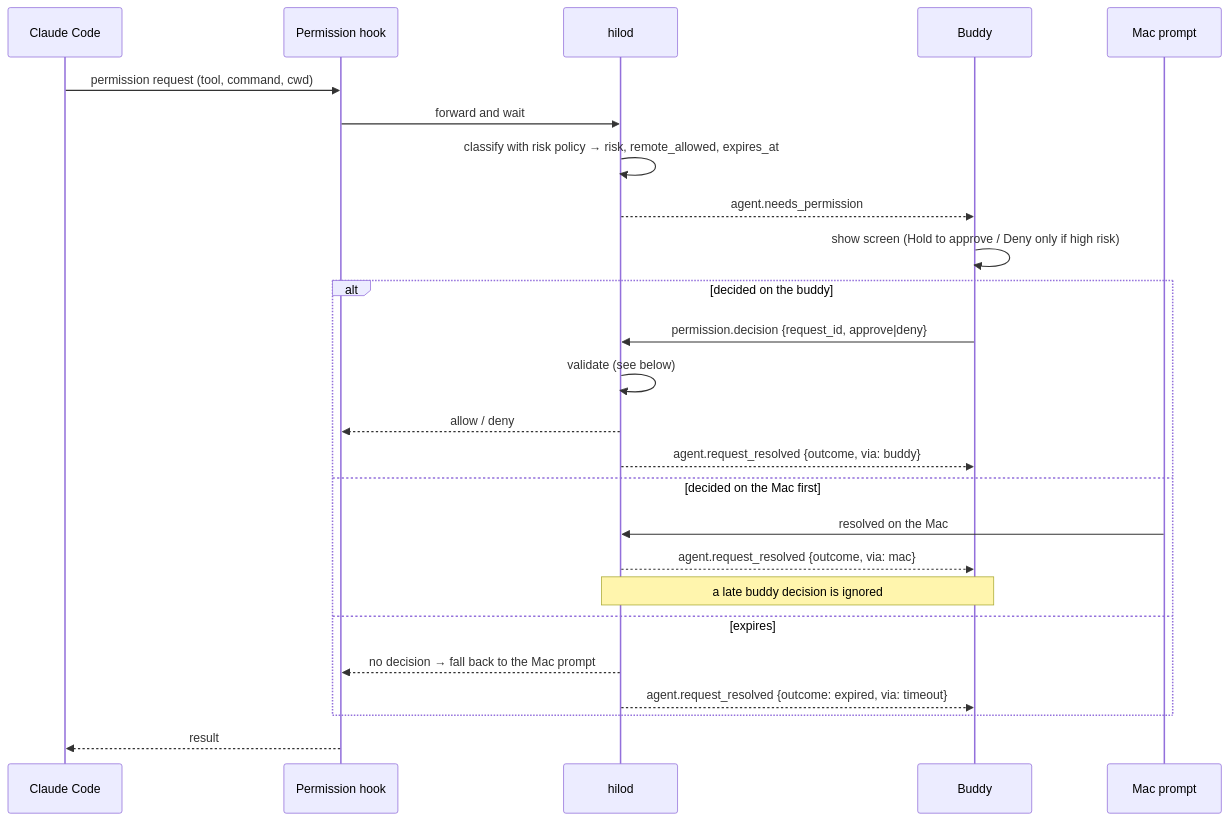
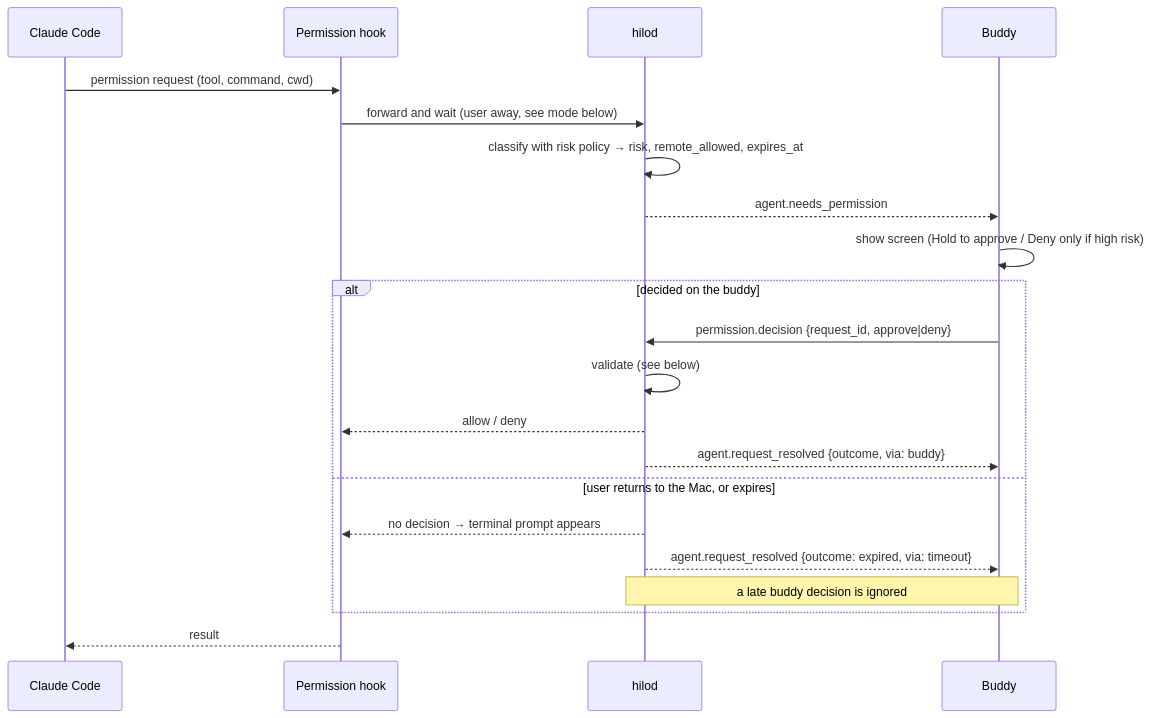
One commit to jaycorpstudios/clawd-body changed the first of 3 diagrams in docs/flows/remote-decision-flow.md. Above: the diagram before and after it, drawn with Mermaid. The commit also changed other lines of this file and 6 other files, not shown here.

First line of the commit message:
Record stack, firmware framework and remote-decision mode

````diff
--- a/docs/flows/remote-decision-flow.md
+++ b/docs/flows/remote-decision-flow.md
@@ -3,28 +3,24 @@
 ```mermaid
 sequenceDiagram
     participant CC as Claude Code
     participant H as Permission hook
     participant D as hilod
     participant B as Buddy
-    participant M as Mac prompt
 
     CC->>H: permission request (tool, command, cwd)
-    H->>D: forward and wait
+    H->>D: forward and wait (user away, see mode below)
     D->>D: classify with risk policy → risk, remote_allowed, expires_at
     D-->>B: agent.needs_permission
     B->>B: show screen (Hold to approve / Deny only if high risk)
     alt decided on the buddy
         B->>D: permission.decision {request_id, approve|deny}
         D->>D: validate (see below)
         D-->>H: allow / deny
         D-->>B: agent.request_resolved {outcome, via: buddy}
-    else decided on the Mac first
-        M->>D: resolved on the Mac
-        D-->>B: agent.request_resolved {outcome, via: mac}
+    else user returns to the Mac, or expires
+        D-->>H: no decision → terminal prompt appears
+        D-->>B: agent.request_resolved {outcome: expired, via: timeout}
         Note over B,D: a late buddy decision is ignored
-    else expires
-        D-->>H: no decision → fall back to the Mac prompt
-        D-->>B: agent.request_resolved {outcome: expired, via: timeout}
     end
     H-->>CC: result
 ```
````
